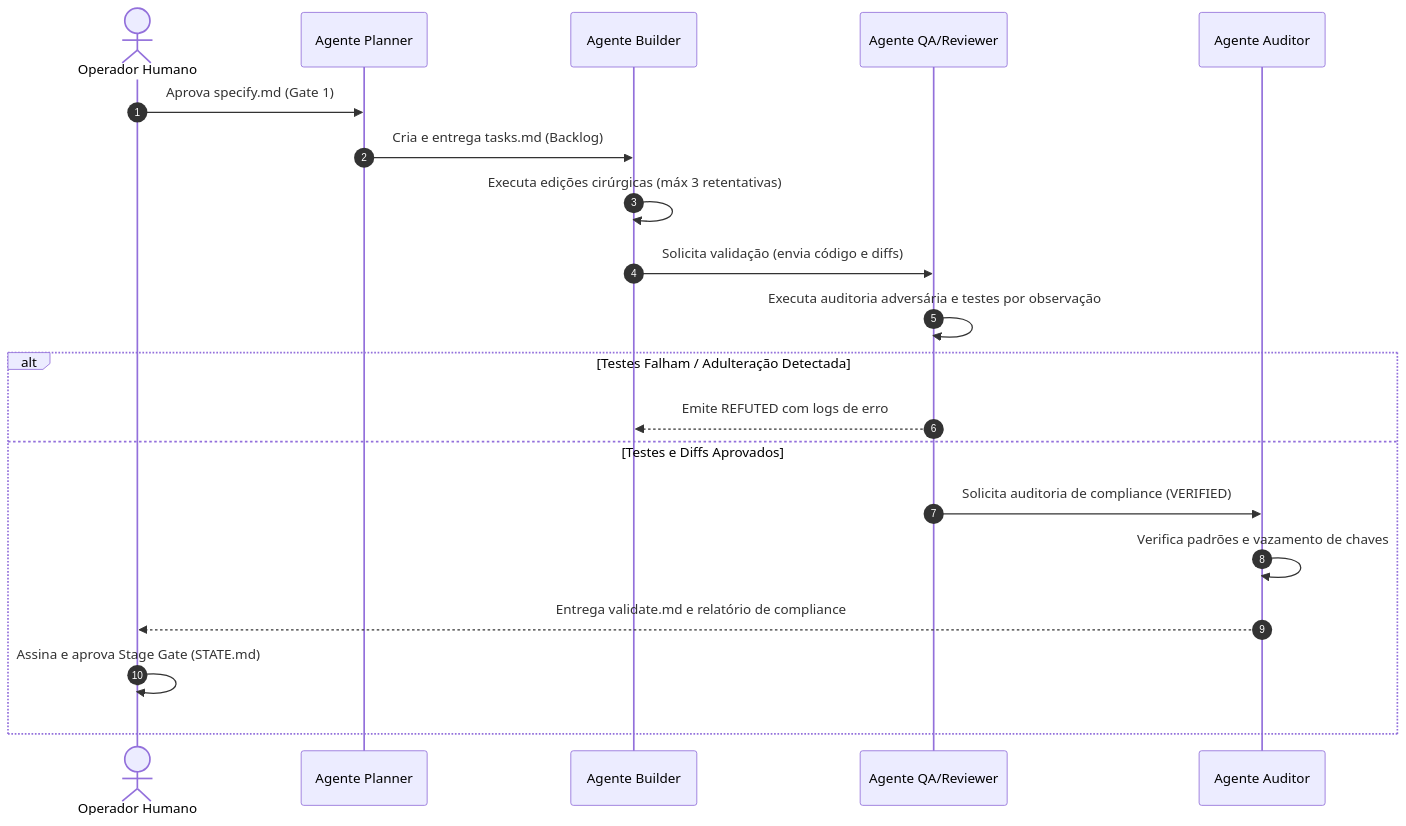
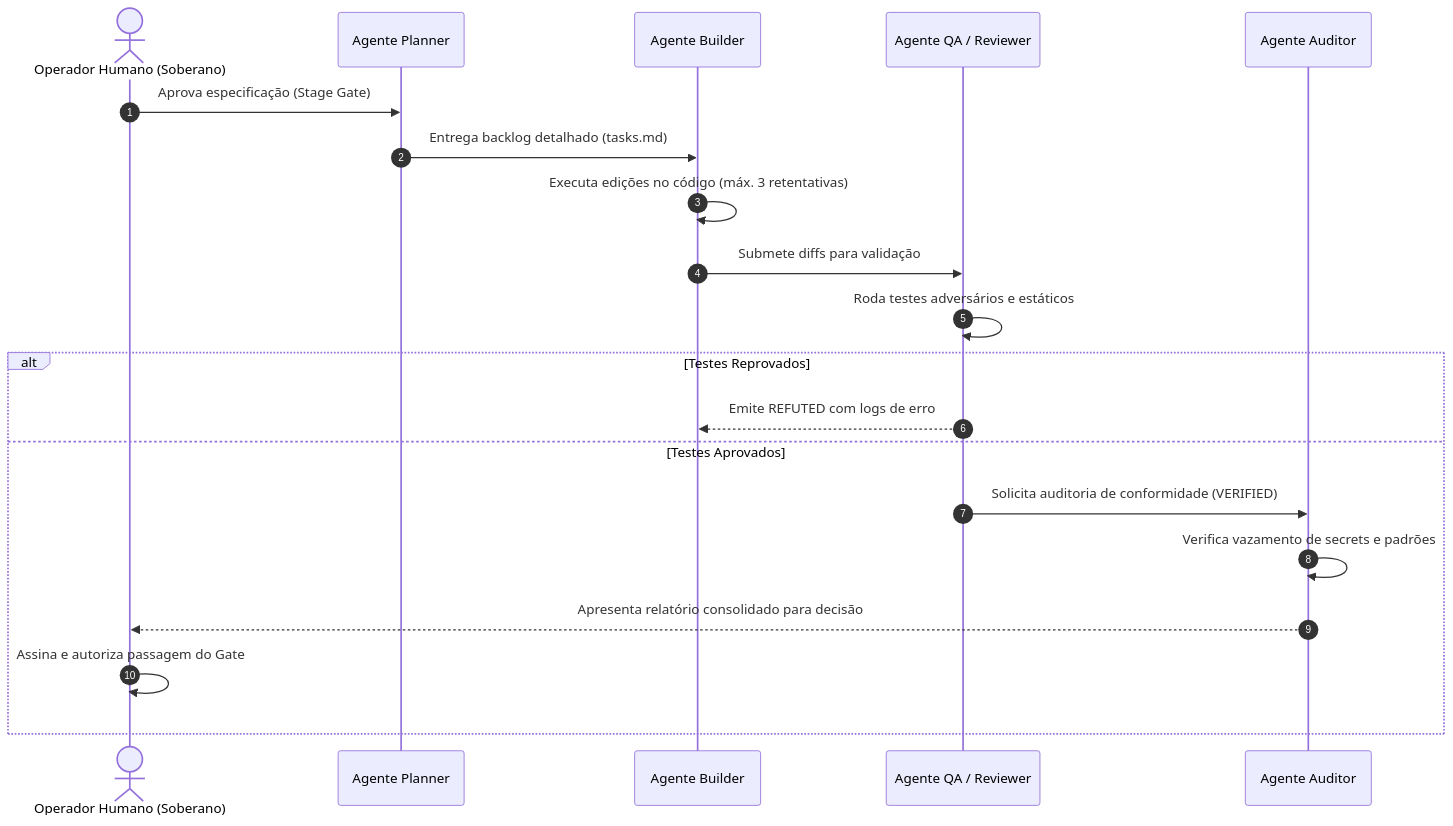
Before and after one commit to EnterDufter/PromptCoreLabs_AEOS: the third of 4 diagrams in README.md, drawn with Mermaid. The commit also changed other lines of this file and 1 other file, not shown here.

````diff
--- a/README.md
+++ b/README.md
@@ -120,23 +121,23 @@
 ```mermaid
 sequenceDiagram
     autonumber
-    actor Humano as Operador Humano
+    actor Humano as Operador Humano (Soberano)
     participant PL as Agente Planner
     participant BL as Agente Builder
-    participant QA as Agente QA/Reviewer
+    participant QA as Agente QA / Reviewer
     participant AD as Agente Auditor
     
-    Humano->>PL: Aprova specify.md (Gate 1)
-    PL->>BL: Cria e entrega tasks.md (Backlog)
-    BL->>BL: Executa edições cirúrgicas (máx 3 retentativas)
-    BL->>QA: Solicita validação (envia código e diffs)
-    QA->>QA: Executa auditoria adversária e testes por observação
-    alt Testes Falham / Adulteração Detectada
+    Humano->>PL: Aprova especificação (Stage Gate)
+    PL->>BL: Entrega backlog detalhado (tasks.md)
+    BL->>BL: Executa edições no código (máx. 3 retentativas)
+    BL->>QA: Submete diffs para validação
+    QA->>QA: Roda testes adversários e estáticos
+    alt Testes Reprovados
         QA-->>BL: Emite REFUTED com logs de erro
-    else Testes e Diffs Aprovados
-        QA->>AD: Solicita auditoria de compliance (VERIFIED)
-        AD->>AD: Verifica padrões e vazamento de chaves
-        AD-->>Humano: Entrega validate.md e relatório de compliance
-        Humano->>Humano: Assina e aprova Stage Gate (STATE.md)
+    else Testes Aprovados
+        QA->>AD: Solicita auditoria de conformidade (VERIFIED)
+        AD->>AD: Verifica vazamento de secrets e padrões
+        AD-->>Humano: Apresenta relatório consolidado para decisão
+        Humano->>Humano: Assina e autoriza passagem do Gate
     end
 ```
````
